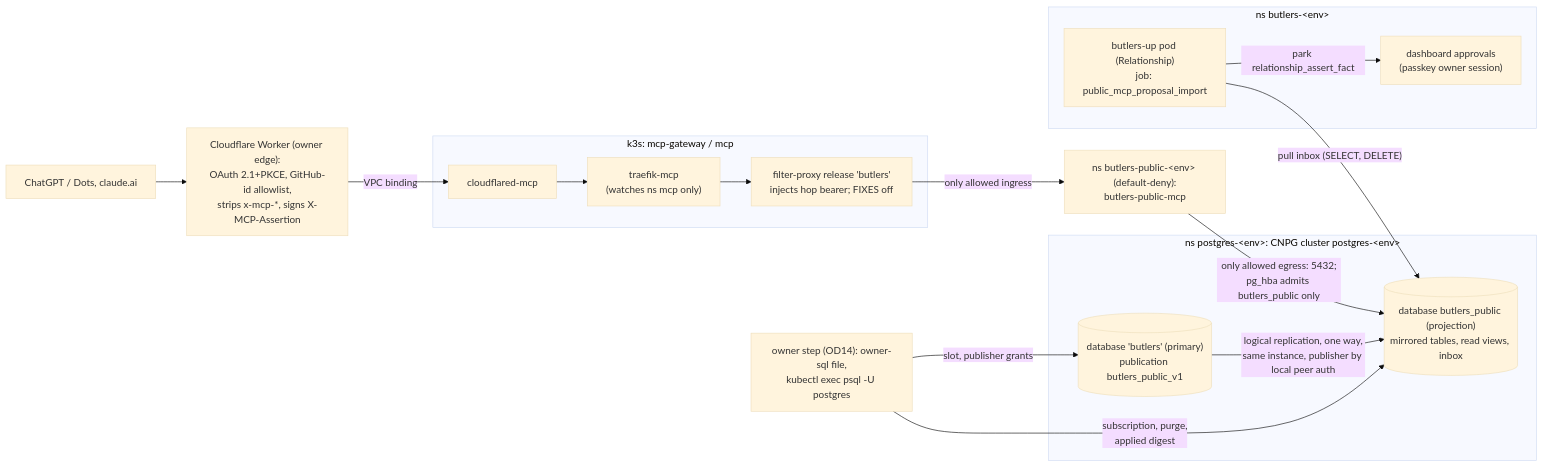
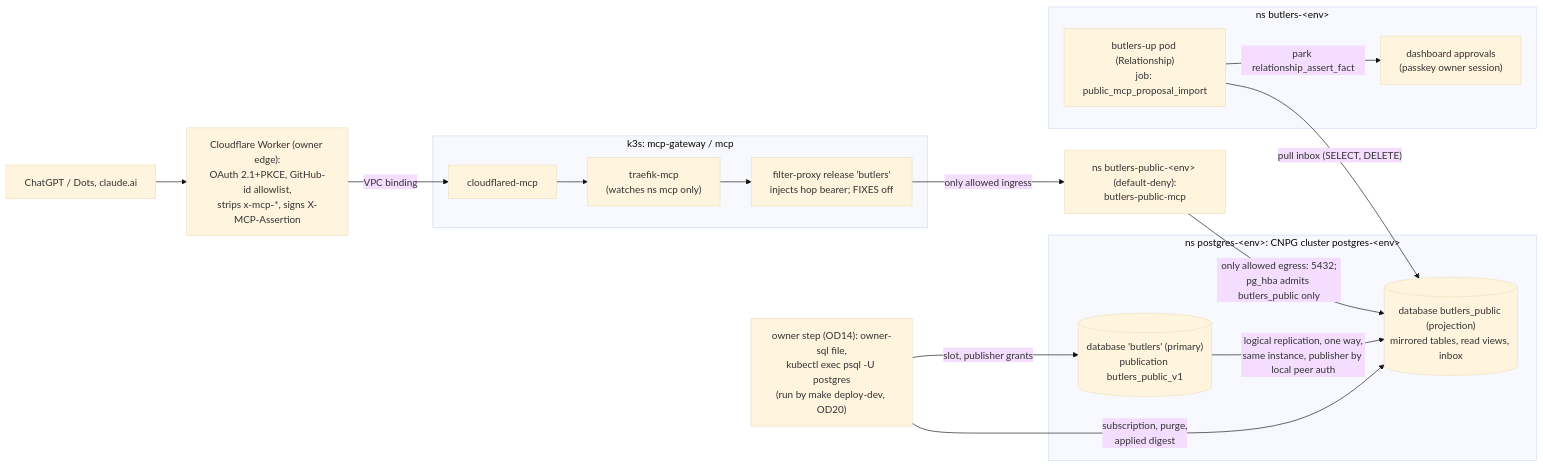
Before and after one commit to tzeusy-org/butlers: the diagram in about/legends-and-lore/rfcs/0039-public-mcp-read-surface.md, drawn with Mermaid (base theme). The commit also changed other lines of this file and 17 other files, not shown here.

````diff
--- a/about/legends-and-lore/rfcs/0039-public-mcp-read-surface.md
+++ b/about/legends-and-lore/rfcs/0039-public-mcp-read-surface.md
@@ -124,25 +133,25 @@
 ```mermaid
 flowchart LR
     C["ChatGPT / Dots, claude.ai"] --> W["Cloudflare Worker (owner edge):<br/>OAuth 2.1+PKCE, GitHub-id allowlist,<br/>strips x-mcp-*, signs X-MCP-Assertion"]
     subgraph Gw["k3s: mcp-gateway / mcp"]
         CFD["cloudflared-mcp"] --> TR["traefik-mcp<br/>(watches ns mcp only)"]
         TR --> FP["filter-proxy release 'butlers'<br/>injects hop bearer; FIXES off"]
     end
     MCP["ns butlers-public-&lt;env&gt; (default-deny):<br/>butlers-public-mcp"]
     subgraph PG["ns postgres-&lt;env&gt;: CNPG cluster postgres-&lt;env&gt;"]
         PRI[("database 'butlers' (primary)<br/>publication butlers_public_v1")]
         PROJ[("database butlers_public (projection)<br/>mirrored tables, read views, inbox")]
     end
     subgraph Main["ns butlers-&lt;env&gt;"]
         REL["butlers-up pod (Relationship)<br/>job: public_mcp_proposal_import"]
         APR["dashboard approvals<br/>(passkey owner session)"]
     end
     W -->|"VPC binding"| CFD
     FP -->|"only allowed ingress"| MCP
     MCP -->|"only allowed egress: 5432;<br/>pg_hba admits butlers_public only"| PROJ
     PRI -->|"logical replication, one way,<br/>same instance, publisher by local peer auth"| PROJ
-    OWN["owner step (OD14): owner-sql file,<br/>kubectl exec psql -U postgres"] -->|"slot, publisher grants"| PRI
+    OWN["owner step (OD14): owner-sql file,<br/>kubectl exec psql -U postgres<br/>(run by make deploy-dev, OD20)"] -->|"slot, publisher grants"| PRI
     OWN -->|"subscription, purge,<br/>applied digest"| PROJ
     REL -->|"pull inbox (SELECT, DELETE)"| PROJ
     REL -->|"park relationship_assert_fact"| APR
 ```
````
